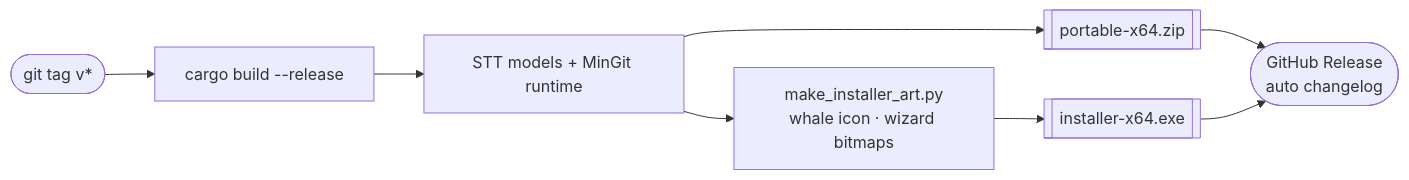
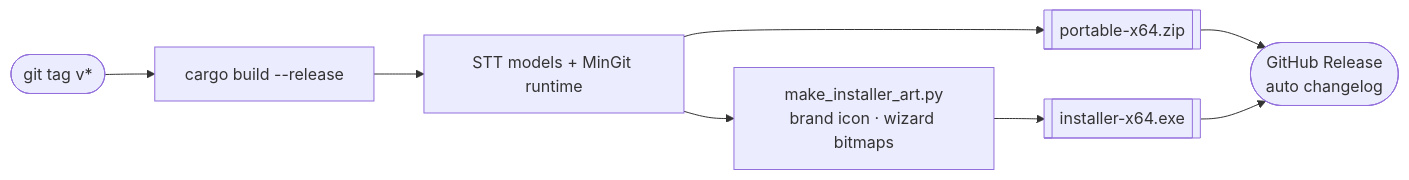
The fourth of 4 diagrams in README.md (ChidcGithub/Neo), drawn with Mermaid before and after one commit. The commit also changed 31 other files, not shown here.

````diff
--- a/README.md
+++ b/README.md
@@ -502,10 +502,10 @@
 ```mermaid
 flowchart LR
     Tag([git tag v*]) --> Build[ cargo build --release ]
     Build --> Assets[STT models + MinGit runtime]
     Assets --> Zip[[portable-x64.zip]]
-    Assets --> Art[make_installer_art.py<br/>whale icon · wizard bitmaps]
+    Assets --> Art[make_installer_art.py<br/>brand icon · wizard bitmaps]
     Art --> NSIS[[installer-x64.exe]]
     Zip --> Release([GitHub Release<br/>auto changelog])
     NSIS --> Release
 ```
````
